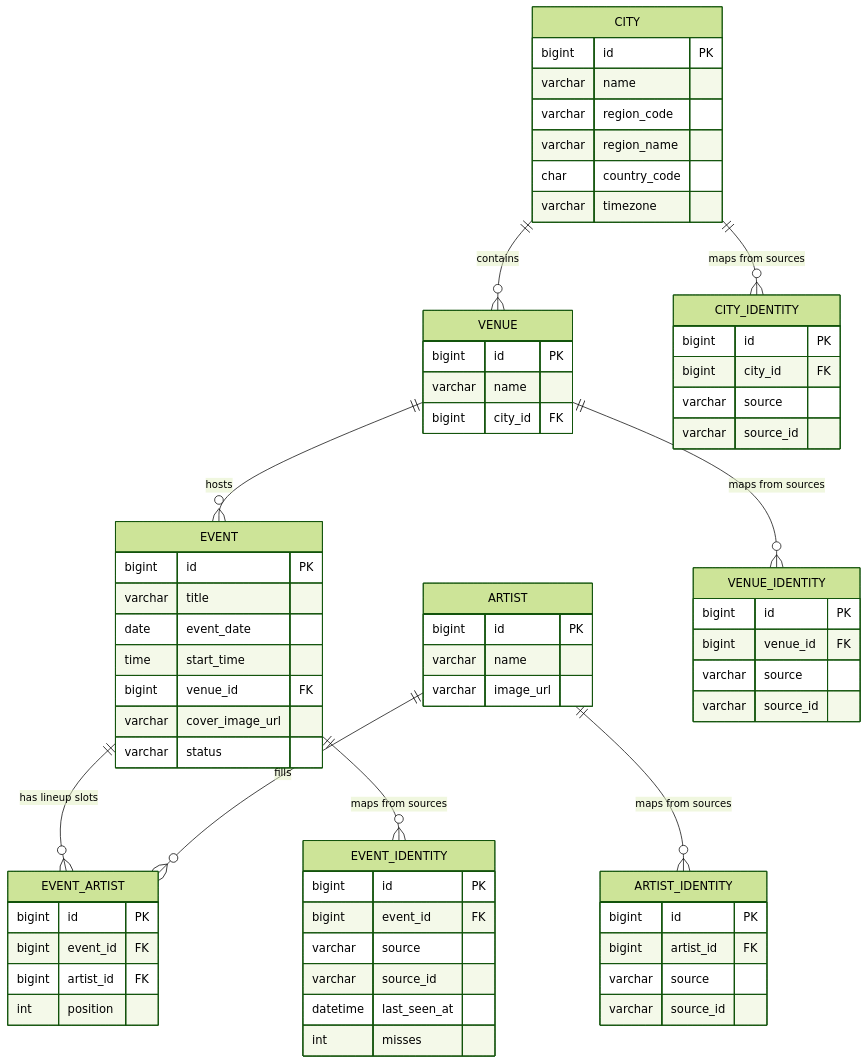
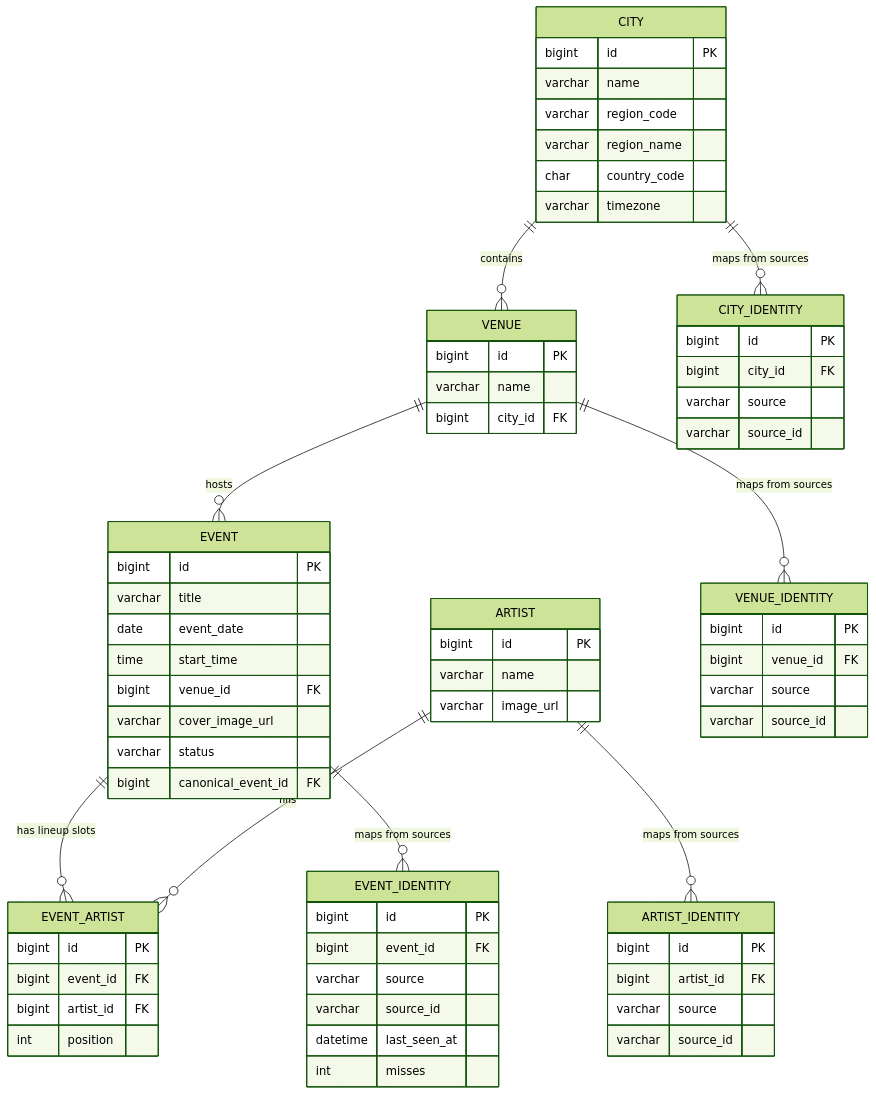
One commit to tanbaydar/onda changed the third of 7 diagrams in docs/DATABASE.md. Above: the diagram before and after it, drawn with Mermaid (forest theme). The commit also changed other lines of this file and 23 other files, not shown here.

````diff
--- a/docs/DATABASE.md
+++ b/docs/DATABASE.md
@@ -117,80 +117,81 @@
 ```mermaid
 erDiagram
     CITY ||--o{ VENUE : "contains"
     VENUE ||--o{ EVENT : "hosts"
     EVENT ||--o{ EVENT_ARTIST : "has lineup slots"
     ARTIST ||--o{ EVENT_ARTIST : "fills"
 
     CITY ||--o{ CITY_IDENTITY : "maps from sources"
     VENUE ||--o{ VENUE_IDENTITY : "maps from sources"
     ARTIST ||--o{ ARTIST_IDENTITY : "maps from sources"
     EVENT ||--o{ EVENT_IDENTITY : "maps from sources"
 
     CITY {
         bigint id PK
         varchar name
         varchar region_code
         varchar region_name
         char country_code
         varchar timezone
     }
 
     VENUE {
         bigint id PK
         varchar name
         bigint city_id FK
     }
 
     ARTIST {
         bigint id PK
         varchar name
         varchar image_url
     }
 
     EVENT {
         bigint id PK
         varchar title
         date event_date
         time start_time
         bigint venue_id FK
         varchar cover_image_url
         varchar status
+        bigint canonical_event_id FK
     }
 
     EVENT_ARTIST {
         bigint id PK
         bigint event_id FK
         bigint artist_id FK
         int position
     }
 
     CITY_IDENTITY {
         bigint id PK
         bigint city_id FK
         varchar source
         varchar source_id
     }
 
     VENUE_IDENTITY {
         bigint id PK
         bigint venue_id FK
         varchar source
         varchar source_id
     }
 
     ARTIST_IDENTITY {
         bigint id PK
         bigint artist_id FK
         varchar source
         varchar source_id
     }
 
     EVENT_IDENTITY {
         bigint id PK
         bigint event_id FK
         varchar source
         varchar source_id
         datetime last_seen_at
         int misses
     }
 ```
````
